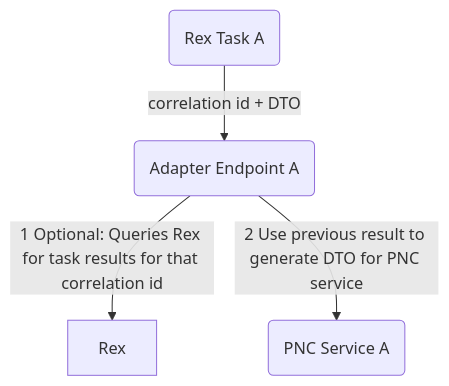
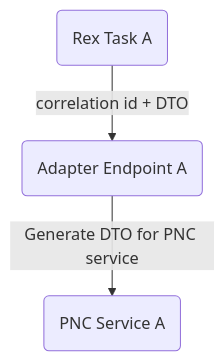
Before and after one commit to thescouser89/dingrogu: the fourth of 5 diagrams in README.md, drawn with Mermaid. The commit also changed other lines of this file, not shown here.

````diff
--- a/README.md
+++ b/README.md
@@ -95,6 +92,5 @@
 ```mermaid
 graph TD
     RexTask(Rex Task A) -->|correlation id + DTO| Adapter(Adapter Endpoint A)
-    Adapter --> |1 Optional: Queries Rex for task results for that correlation id| Rex
-    Adapter --> |2 Use previous result to generate DTO for PNC service| PNCService(PNC Service A)
+    Adapter --> |Generate DTO for PNC service| PNCService(PNC Service A)
 ```
````
